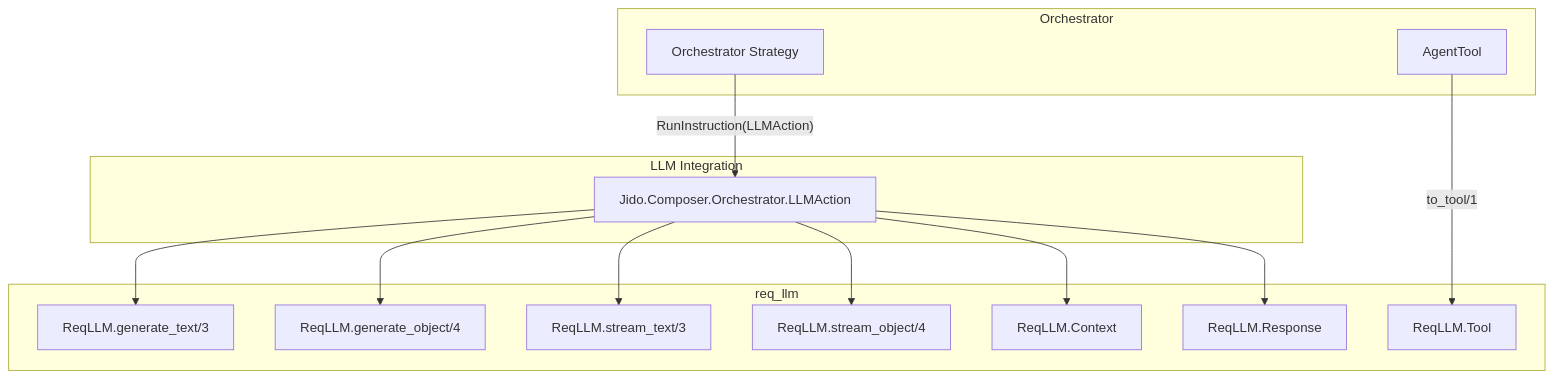
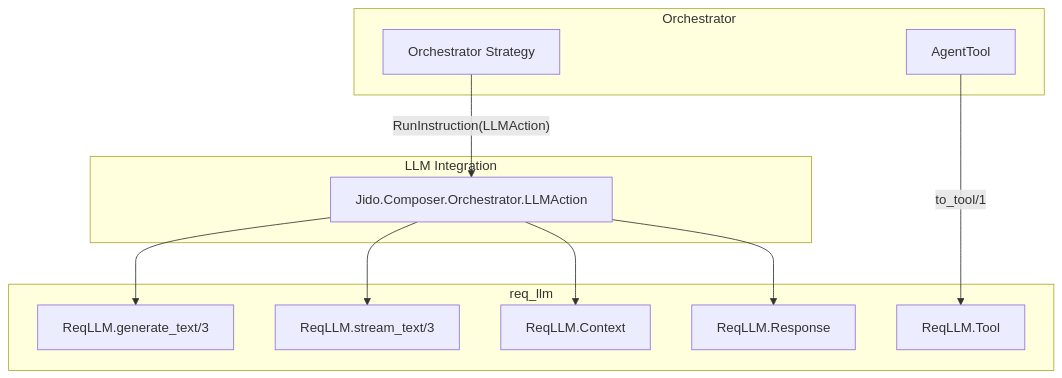
The first of 4 diagrams in docs/design/orchestrator/llm-integration.md (lostbean/jido_composer), drawn with Mermaid before and after one commit. The commit also changed other lines of this file and 15 other files, not shown here.

First line of the commit message:
feat: add termination tool, remove output_schema

````diff
--- a/docs/design/orchestrator/llm-integration.md
+++ b/docs/design/orchestrator/llm-integration.md
@@ -12,30 +12,26 @@
 ```mermaid
 graph TB
     subgraph "Orchestrator"
         Strategy["Orchestrator Strategy"]
         AT["AgentTool"]
     end
 
     subgraph "LLM Integration"
         LLMAction["Jido.Composer.Orchestrator.LLMAction"]
     end
 
     subgraph "req_llm"
         GenText["ReqLLM.generate_text/3"]
-        GenObj["ReqLLM.generate_object/4"]
         StText["ReqLLM.stream_text/3"]
-        StObj["ReqLLM.stream_object/4"]
         Ctx["ReqLLM.Context"]
         Resp["ReqLLM.Response"]
         Tool["ReqLLM.Tool"]
     end
 
     Strategy -->|"RunInstruction(LLMAction)"| LLMAction
     AT -->|"to_tool/1"| Tool
     LLMAction --> GenText
-    LLMAction --> GenObj
     LLMAction --> StText
-    LLMAction --> StObj
     LLMAction --> Ctx
     LLMAction --> Resp
 ```
````
